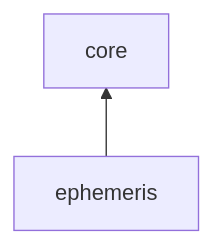
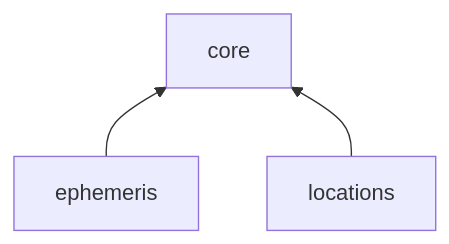
Before and after one commit to vgnshlvnz/kundli-app: the first of 2 diagrams in MODULES.md, drawn with Mermaid. The commit also changed other lines of this file and 1 other file, not shown here.

Commit message:
docs: document locations; record timezone results in CONVENTIONS

````diff
--- a/MODULES.md
+++ b/MODULES.md
@@ -19,5 +20,6 @@
 ```mermaid
 graph BT
   core
   ephemeris --> core
+  locations --> core
 ```
````
